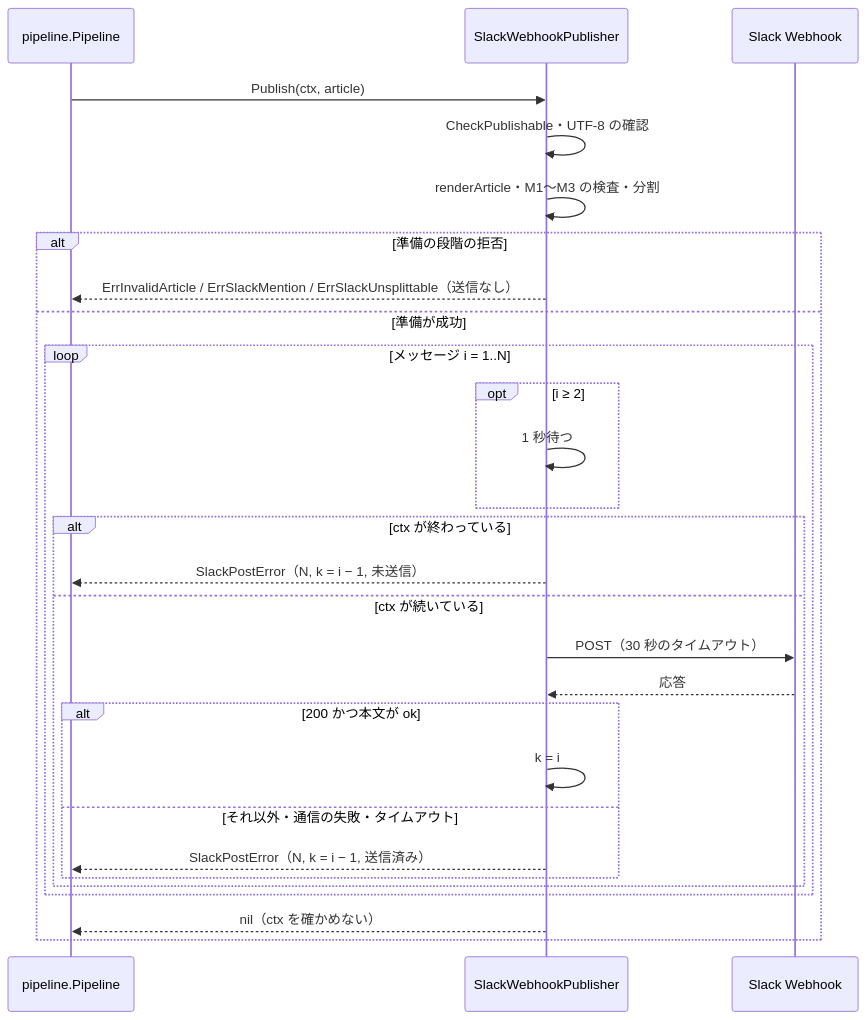
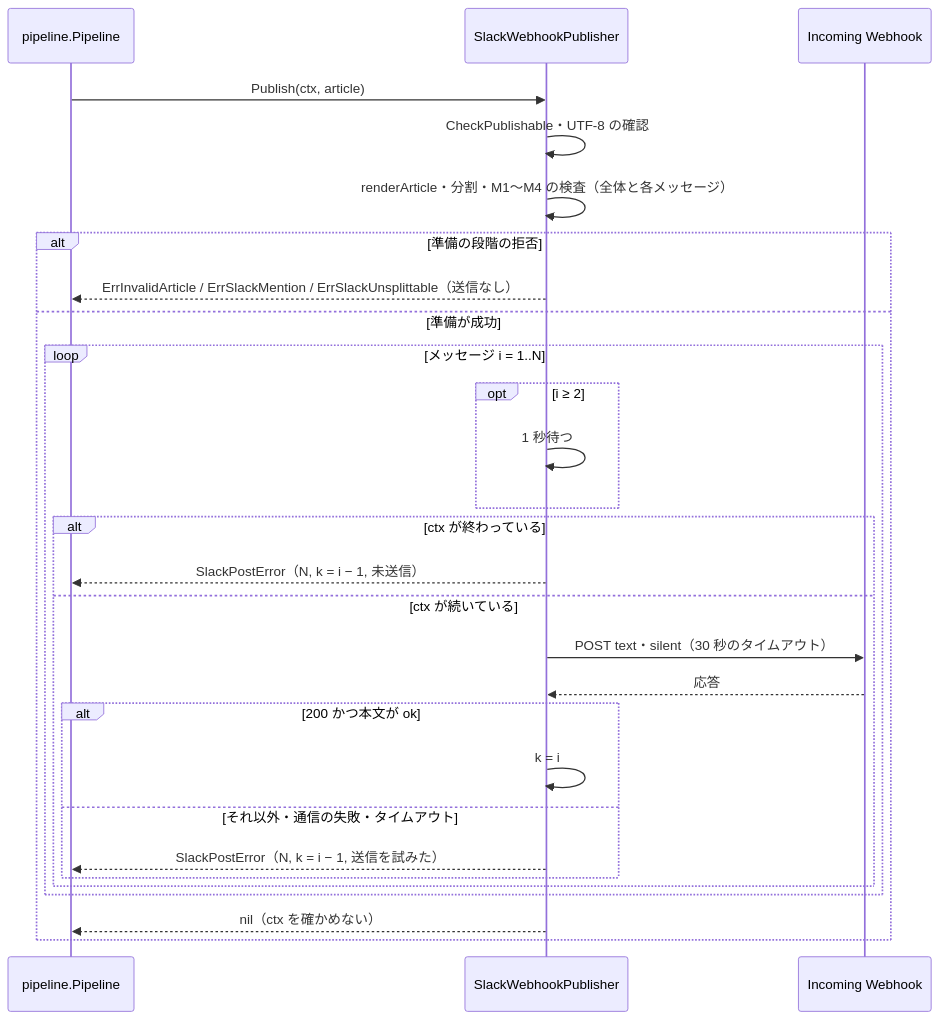
The sixth of 7 diagrams in docs/tasks/0006_slack_webhook_publisher/02_architecture.md (isseis/yt2column), drawn with Mermaid before and after one commit. The commit also changed other lines of this file, not shown here.

First line of the commit message:
docs(0006): rewrite the architecture for the Slack-compatible webhook

````diff
--- a/docs/tasks/0006_slack_webhook_publisher/02_architecture.md
+++ b/docs/tasks/0006_slack_webhook_publisher/02_architecture.md
@@ -868,31 +904,31 @@
 ```mermaid
 sequenceDiagram
     participant PIPE as pipeline.Pipeline
     participant PUB as SlackWebhookPublisher
-    participant HOOK as Slack Webhook
+    participant HOOK as Incoming Webhook
 
     PIPE->>PUB: Publish(ctx, article)
     PUB->>PUB: CheckPublishable・UTF-8 の確認
-    PUB->>PUB: renderArticle・M1〜M3 の検査・分割
+    PUB->>PUB: renderArticle・分割・M1〜M4 の検査（全体と各メッセージ）
     alt 準備の段階の拒否
         PUB-->>PIPE: ErrInvalidArticle / ErrSlackMention / ErrSlackUnsplittable（送信なし）
     else 準備が成功
         loop メッセージ i = 1..N
             opt i ≥ 2
                 PUB->>PUB: 1 秒待つ
             end
             alt ctx が終わっている
                 PUB-->>PIPE: SlackPostError（N, k = i − 1, 未送信）
             else ctx が続いている
-                PUB->>HOOK: POST（30 秒のタイムアウト）
+                PUB->>HOOK: POST text・silent（30 秒のタイムアウト）
                 HOOK-->>PUB: 応答
                 alt 200 かつ本文が ok
                     PUB->>PUB: k = i
                 else それ以外・通信の失敗・タイムアウト
-                    PUB-->>PIPE: SlackPostError（N, k = i − 1, 送信済み）
+                    PUB-->>PIPE: SlackPostError（N, k = i − 1, 送信を試みた）
                 end
             end
         end
         PUB-->>PIPE: nil（ctx を確かめない）
     end
 ```
````
